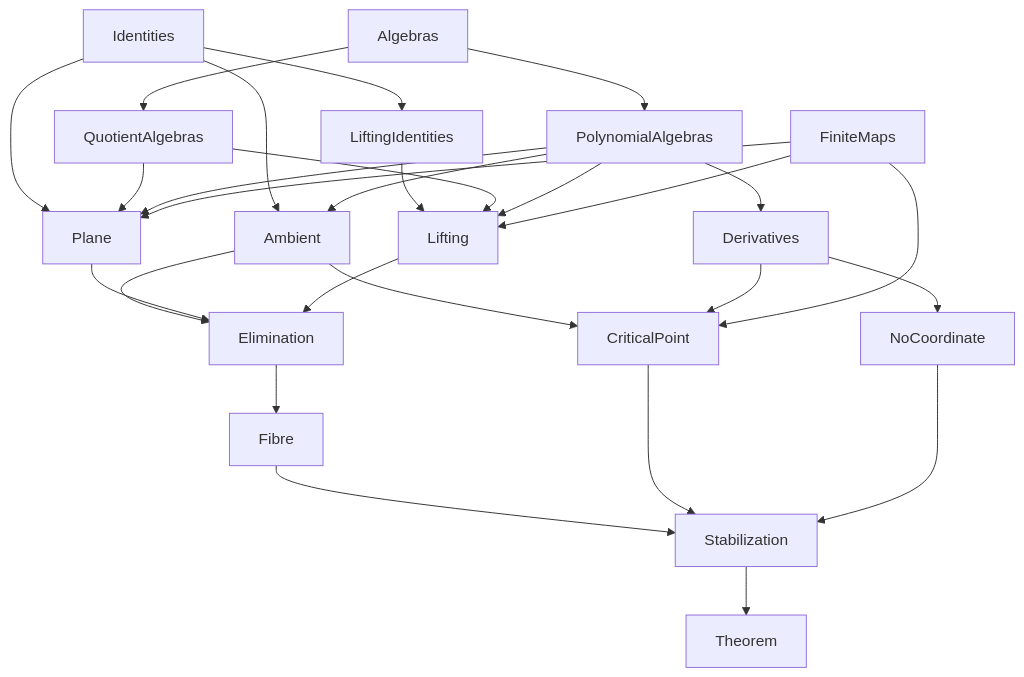
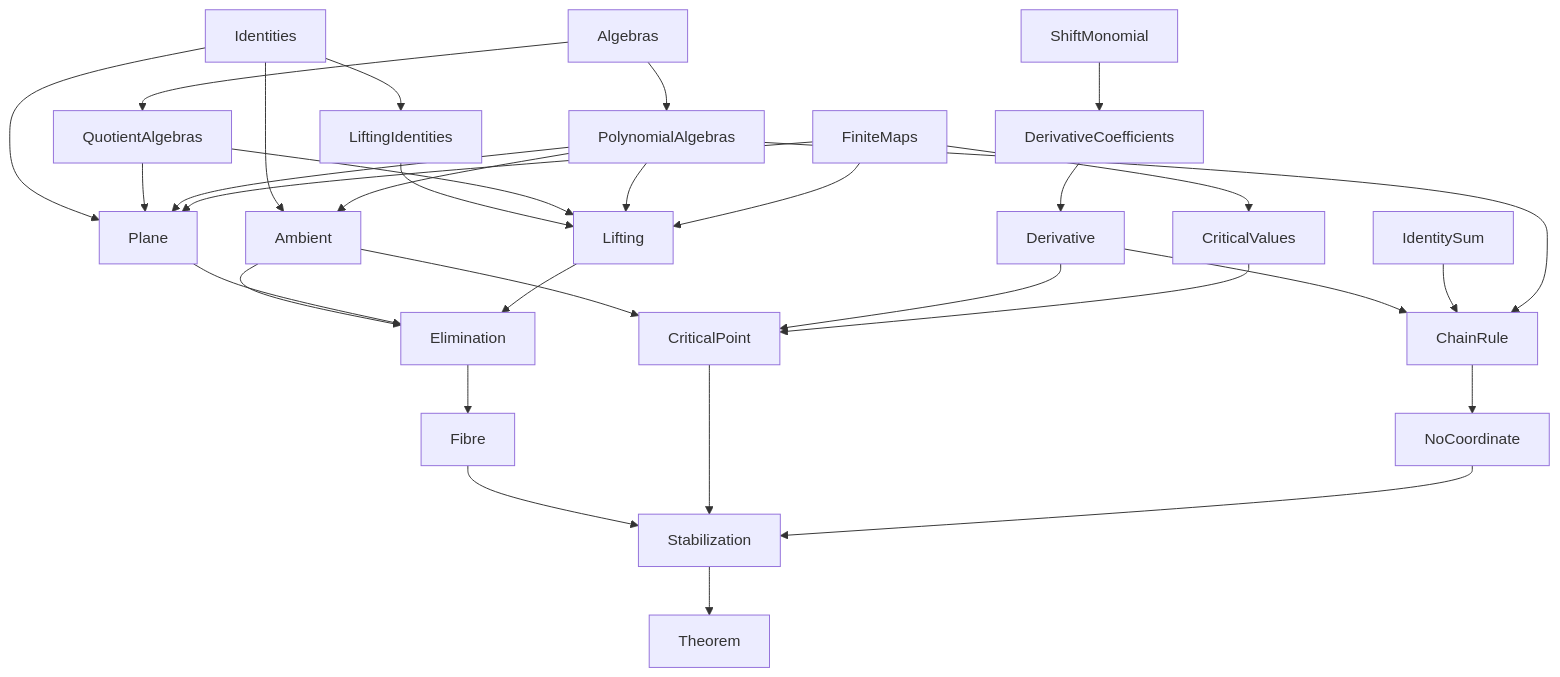
Before and after one commit to grace17-prover/grace17: the diagram in blueprints/AbhyankarSathaye/README.md, drawn with Mermaid. The commit also changed other lines of this file and 31 other files, not shown here.

````diff
--- a/blueprints/AbhyankarSathaye/README.md
+++ b/blueprints/AbhyankarSathaye/README.md
@@ -105,29 +110,34 @@
 ```mermaid
 graph TD
   Identities --> LiftingIdentities
   Identities --> Ambient
   Algebras --> QuotientAlgebras
   Algebras --> PolynomialAlgebras
-  PolynomialAlgebras --> Derivatives
+  ShiftMonomial --> DerivativeCoefficients
+  DerivativeCoefficients --> Derivative
+  Derivative --> ChainRule
+  IdentitySum --> ChainRule
+  PolynomialAlgebras --> ChainRule
   PolynomialAlgebras --> Ambient
   LiftingIdentities --> Lifting
   QuotientAlgebras --> Lifting
   PolynomialAlgebras --> Lifting
   FiniteMaps --> Lifting
   Identities --> Plane
   QuotientAlgebras --> Plane
   PolynomialAlgebras --> Plane
   FiniteMaps --> Plane
   Ambient --> Elimination
   Plane --> Elimination
   Lifting --> Elimination
   Elimination --> Fibre
   Ambient --> CriticalPoint
-  Derivatives --> CriticalPoint
-  FiniteMaps --> CriticalPoint
-  Derivatives --> NoCoordinate
+  Derivative --> CriticalPoint
+  FiniteMaps --> CriticalValues
+  CriticalValues --> CriticalPoint
+  ChainRule --> NoCoordinate
   Fibre --> Stabilization
   CriticalPoint --> Stabilization
   NoCoordinate --> Stabilization
   Stabilization --> Theorem
 ```
````
